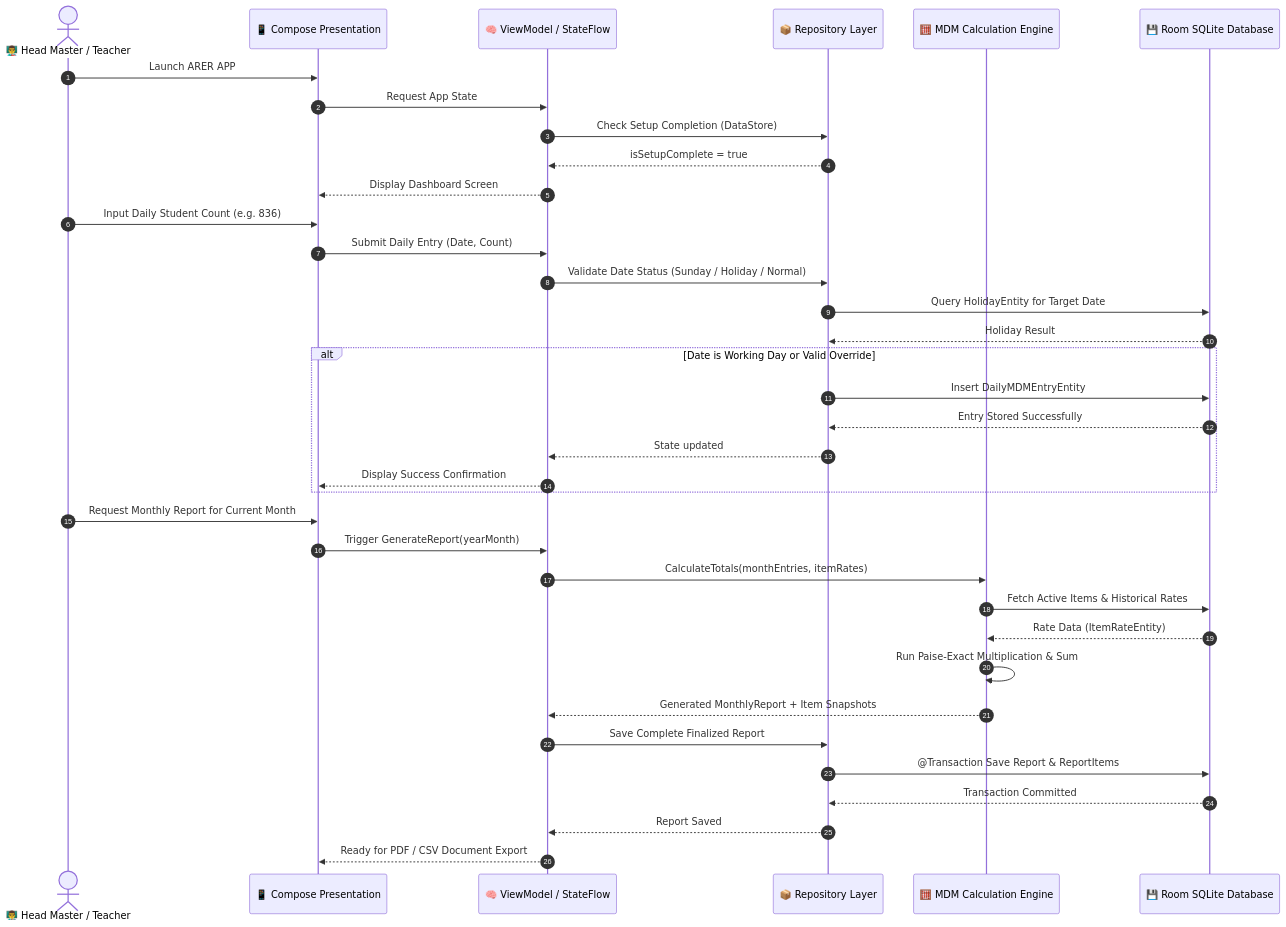
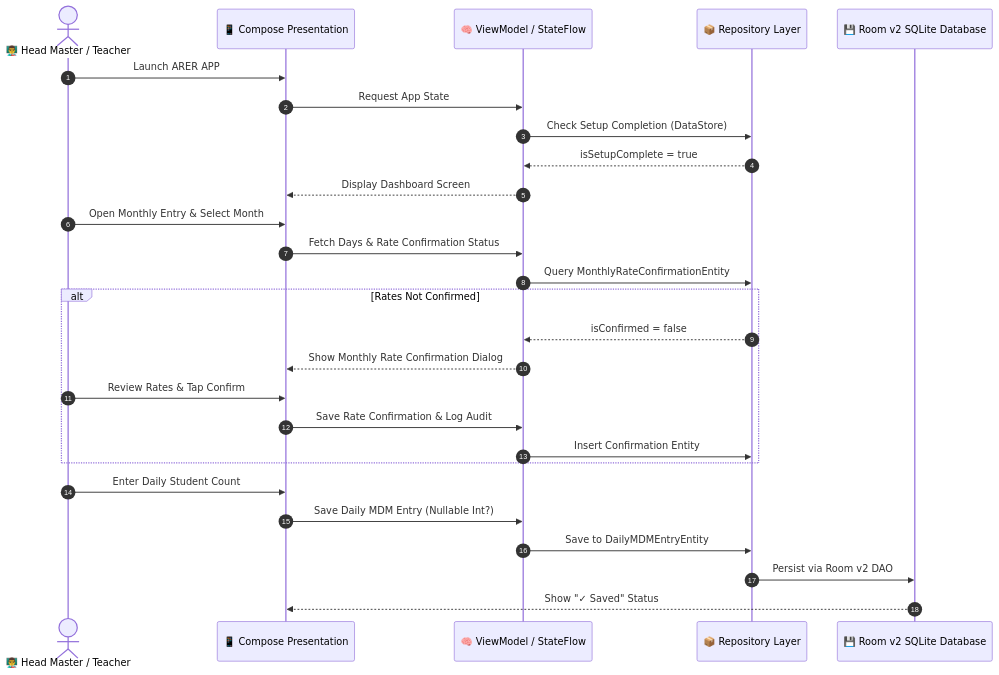
The first of 2 diagrams in README.md (Tejzraj/ARER-APP), drawn with Mermaid before and after one commit. The commit also changed other lines of this file, not shown here.

````diff
--- a/README.md
+++ b/README.md
@@ -322,41 +141,31 @@
 ```mermaid
 sequenceDiagram
     autonumber
     actor Teacher as 👨‍🏫 Head Master / Teacher
     participant UI as 📱 Compose Presentation
     participant VM as 🧠 ViewModel / StateFlow
     participant Repo as 📦 Repository Layer
-    participant Engine as 🧮 MDM Calculation Engine
-    participant DB as 💾 Room SQLite Database
+    participant DB as 💾 Room v2 SQLite Database
 
     Teacher->>UI: Launch ARER APP
     UI->>VM: Request App State
     VM->>Repo: Check Setup Completion (DataStore)
     Repo-->>VM: isSetupComplete = true
     VM-->>UI: Display Dashboard Screen
 
-    Teacher->>UI: Input Daily Student Count (e.g. 836)
-    UI->>VM: Submit Daily Entry (Date, Count)
-    VM->>Repo: Validate Date Status (Sunday / Holiday / Normal)
-    Repo->>DB: Query HolidayEntity for Target Date
-    DB-->>Repo: Holiday Result
-    alt Date is Working Day or Valid Override
-        Repo->>DB: Insert DailyMDMEntryEntity
-        DB-->>Repo: Entry Stored Successfully
-        Repo-->>VM: State updated
-        VM-->>UI: Display Success Confirmation
+    Teacher->>UI: Open Monthly Entry & Select Month
+    UI->>VM: Fetch Days & Rate Confirmation Status
+    VM->>Repo: Query MonthlyRateConfirmationEntity
+    alt Rates Not Confirmed
+        Repo-->>VM: isConfirmed = false
+        VM-->>UI: Show Monthly Rate Confirmation Dialog
+        Teacher->>UI: Review Rates & Tap Confirm
+        UI->>VM: Save Rate Confirmation & Log Audit
+        VM->>Repo: Insert Confirmation Entity
     end
-
-    Teacher->>UI: Request Monthly Report for Current Month
-    UI->>VM: Trigger GenerateReport(yearMonth)
-    VM->>Engine: CalculateTotals(monthEntries, itemRates)
-    Engine->>DB: Fetch Active Items & Historical Rates
-    DB-->>Engine: Rate Data (ItemRateEntity)
-    Engine->>Engine: Run Paise-Exact Multiplication & Sum
-    Engine-->>VM: Generated MonthlyReport + Item Snapshots
-    VM->>Repo: Save Complete Finalized Report
-    Repo->>DB: @Transaction Save Report & ReportItems
-    DB-->>Repo: Transaction Committed
-    Repo-->>VM: Report Saved
-    VM-->>UI: Ready for PDF / CSV Document Export
+    Teacher->>UI: Enter Daily Student Count
+    UI->>VM: Save Daily MDM Entry (Nullable Int?)
+    VM->>Repo: Save to DailyMDMEntryEntity
+    Repo->>DB: Persist via Room v2 DAO
+    DB-->>UI: Show "✓ Saved" Status
 ```
````
